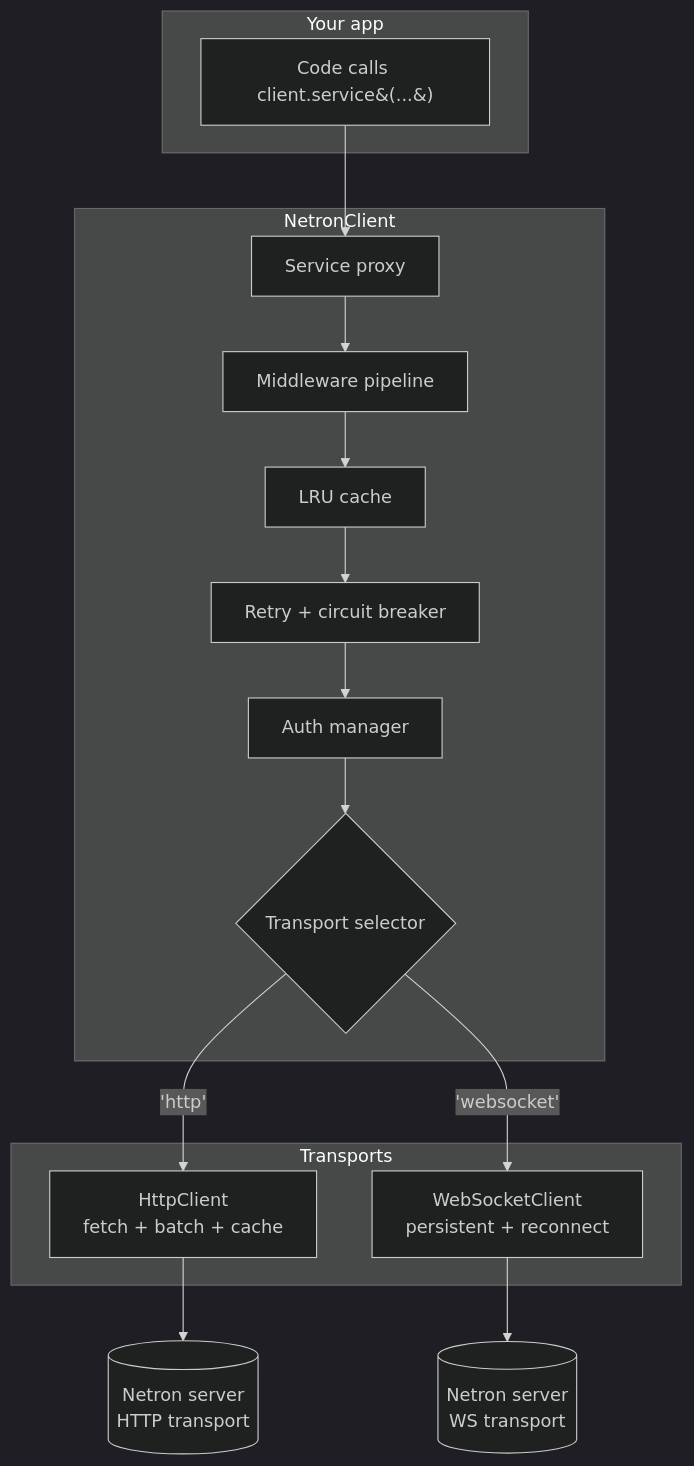
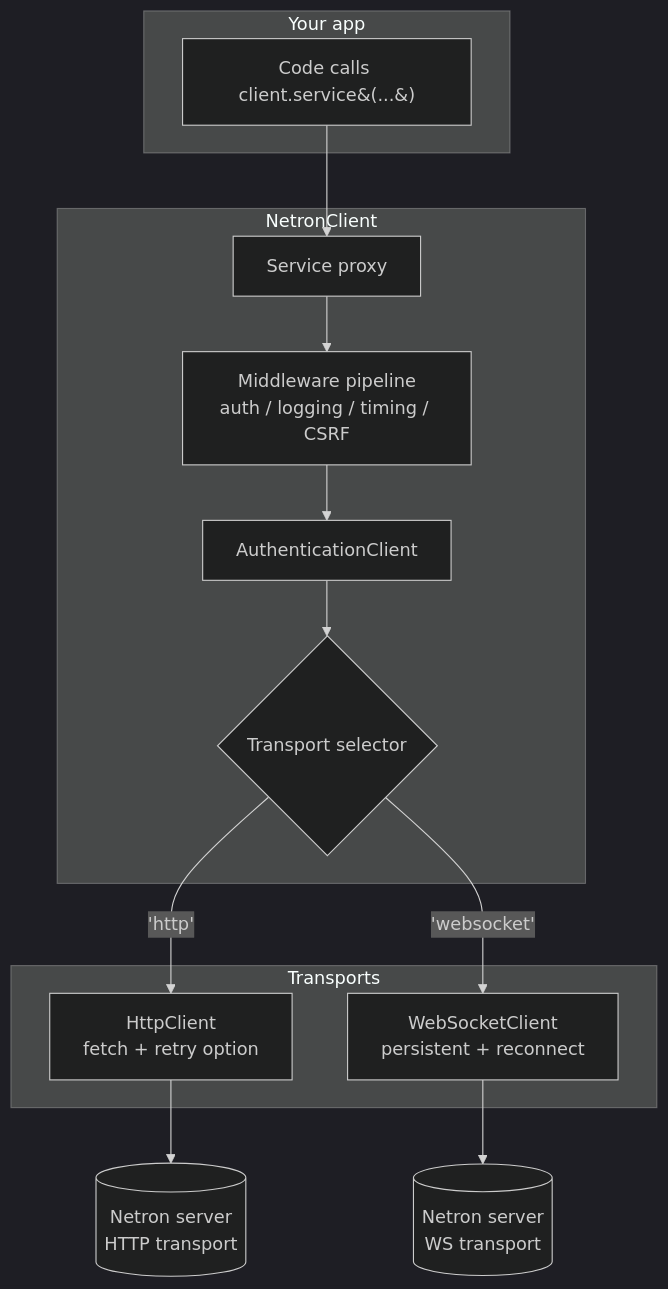
Before and after one commit to omnitron-dev/website: the first of 2 diagrams in docs/frontend/netron/browser.md, drawn with Mermaid (dark theme). The commit also changed other lines of this file and 11 other files, not shown here.

First line of the commit message:
docs: rewrite netron-browser auth + middleware docs to the real API

````diff
--- a/docs/frontend/netron/browser.md
+++ b/docs/frontend/netron/browser.md
@@ -35,32 +36,28 @@
 ```mermaid
 flowchart TB
   subgraph App["Your app"]
     Code[Code calls client.service&#40;...&#41;]
   end
 
   subgraph Client["NetronClient"]
     Proxy[Service proxy]
-    MW[Middleware pipeline]
-    Cache[LRU cache]
-    Retry[Retry + circuit breaker]
-    Auth[Auth manager]
+    MW[Middleware pipeline<br/>auth / logging / timing / CSRF]
+    Auth[AuthenticationClient]
     Transport{Transport selector}
   end
 
   subgraph Transports
-    HTTP[HttpClient<br/>fetch + batch + cache]
+    HTTP[HttpClient<br/>fetch + retry option]
     WS[WebSocketClient<br/>persistent + reconnect]
   end
 
   Code --> Proxy
   Proxy --> MW
-  MW --> Cache
-  Cache --> Retry
-  Retry --> Auth
+  MW --> Auth
   Auth --> Transport
   Transport -- 'http' --> HTTP
   Transport -- 'websocket' --> WS
 
   HTTP --> Server[(Netron server<br/>HTTP transport)]
   WS --> Server2[(Netron server<br/>WS transport)]
 ```
````
